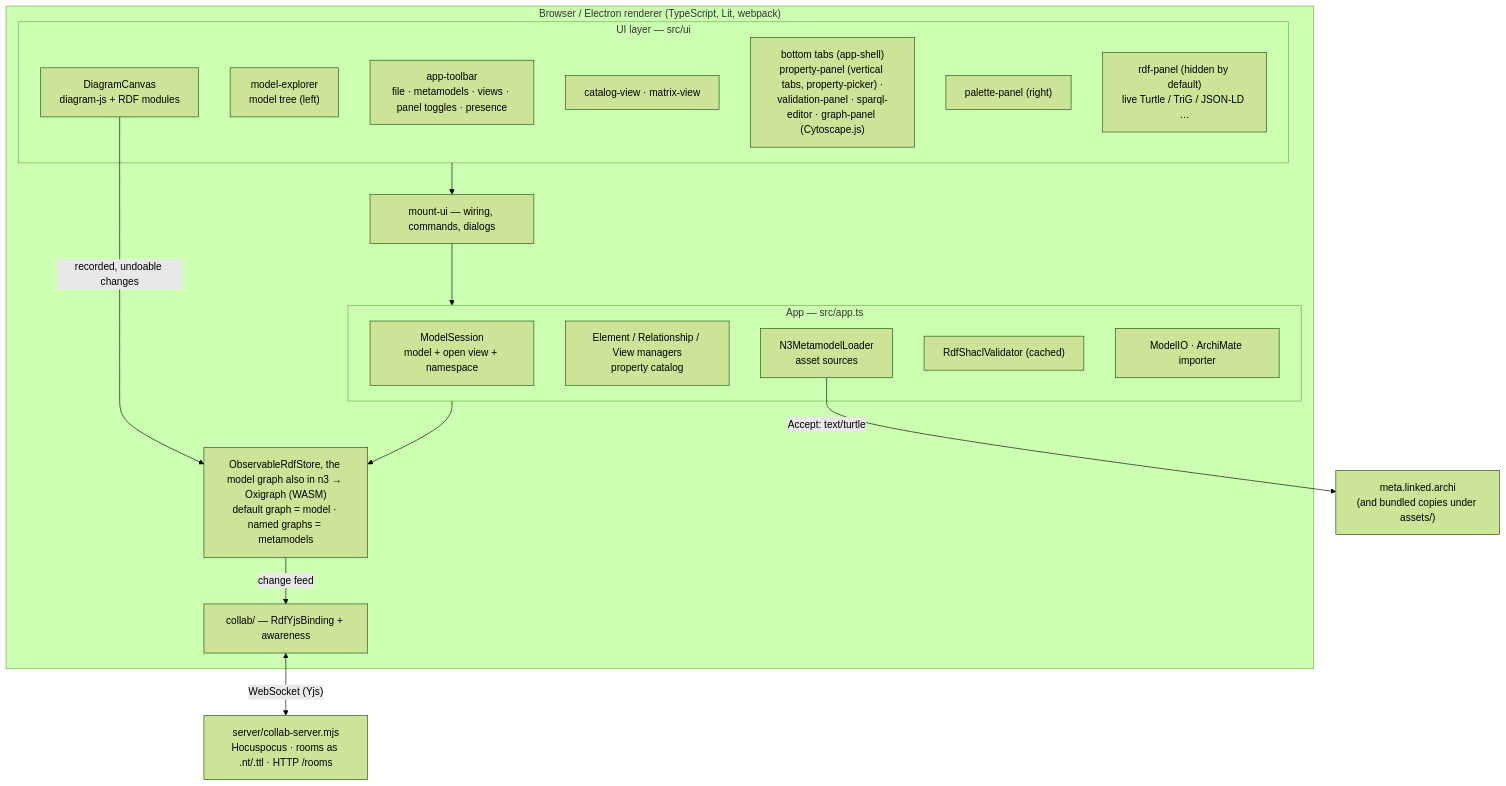
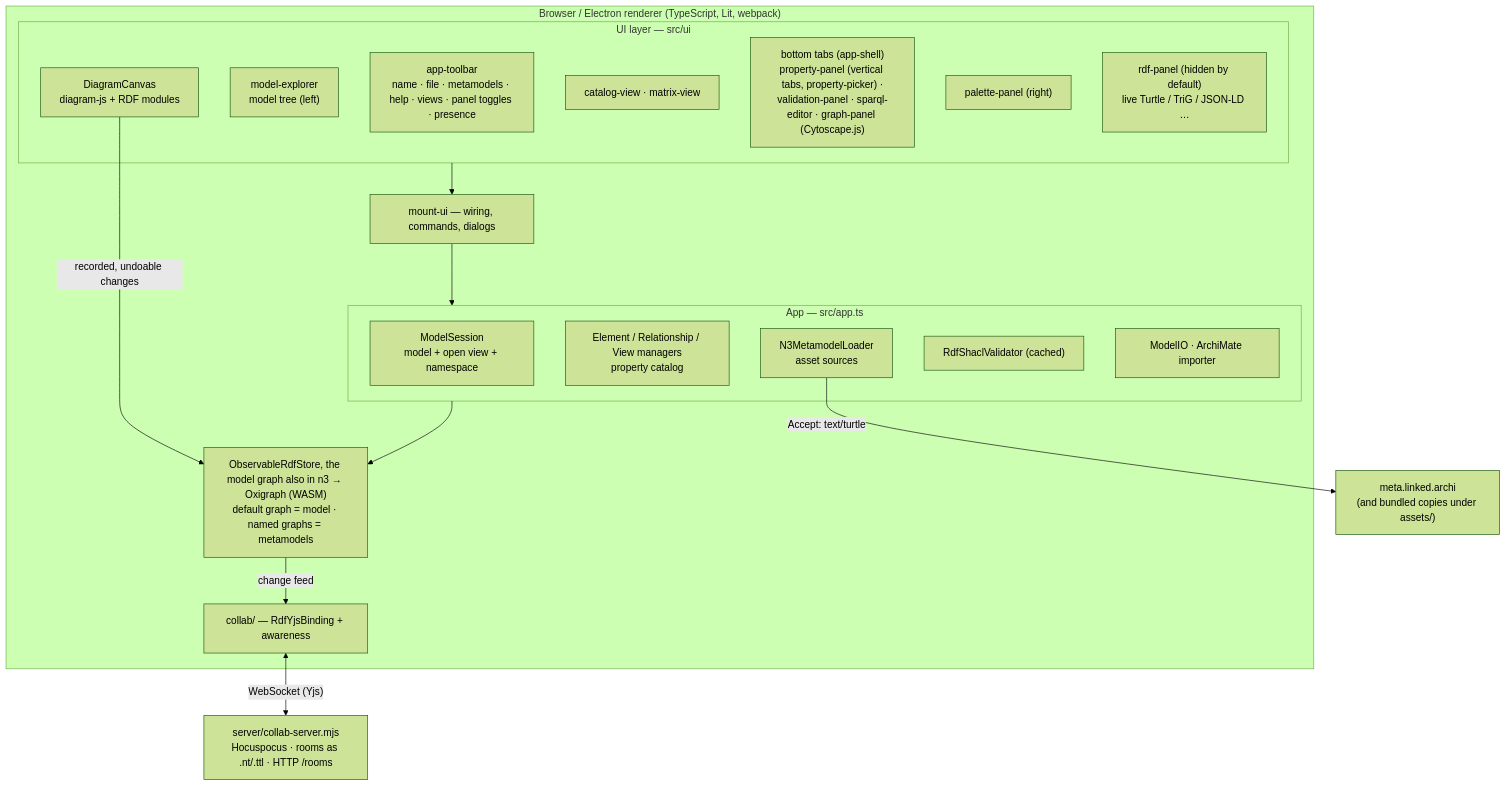
One commit to linked-archi/la-gram changed the first of 2 diagrams in .kiro/specs/la-gram/design.md. Above: the diagram before and after it, drawn with Mermaid (forest theme). The commit also changed other lines of this file and 268 other files, not shown here.

````diff
--- a/.kiro/specs/la-gram/design.md
+++ b/.kiro/specs/la-gram/design.md
@@ -19,32 +19,32 @@
 ```mermaid
 graph TB
     subgraph Browser["Browser / Electron renderer (TypeScript, Lit, webpack)"]
         subgraph UI["UI layer — src/ui"]
-            Toolbar["app-toolbar<br/>file · metamodels · views · panel toggles · presence"]
+            Toolbar["app-toolbar<br/>name · file · metamodels · help · views · panel toggles · presence"]
             Tree["model-explorer<br/>model tree (left)"]
             Canvas["DiagramCanvas<br/>diagram-js + RDF modules"]
             Alt["catalog-view · matrix-view"]
             Bottom["bottom tabs (app-shell)<br/>property-panel (vertical tabs, property-picker) ·<br/>validation-panel · sparql-editor · graph-panel (Cytoscape.js)"]
             Palette["palette-panel (right)"]
             Rdf["rdf-panel (hidden by default)<br/>live Turtle / TriG / JSON-LD …"]
         end
         Mount["mount-ui — wiring, commands, dialogs"]
         subgraph Core["App — src/app.ts"]
             Session["ModelSession<br/>model + open view + namespace"]
             Managers["Element / Relationship / View managers<br/>property catalog"]
             MM["N3MetamodelLoader<br/>asset sources"]
             Val["RdfShaclValidator (cached)"]
             IO["ModelIO · ArchiMate importer"]
         end
         Store["ObservableRdfStore, the model graph also in n3 → Oxigraph (WASM)<br/>default graph = model · named graphs = metamodels"]
         Collab["collab/ — RdfYjsBinding + awareness"]
     end
     Server["server/collab-server.mjs<br/>Hocuspocus · rooms as .nt/.ttl · HTTP /rooms"]
     Meta["meta.linked.archi<br/>(and bundled copies under assets/)"]
 
     UI --> Mount --> Core --> Store
     Canvas -- "recorded, undoable changes" --> Store
     Store -- "change feed" --> Collab
     Collab <-- "WebSocket (Yjs)" --> Server
     MM -- "Accept: text/turtle" --> Meta
 ```
````
